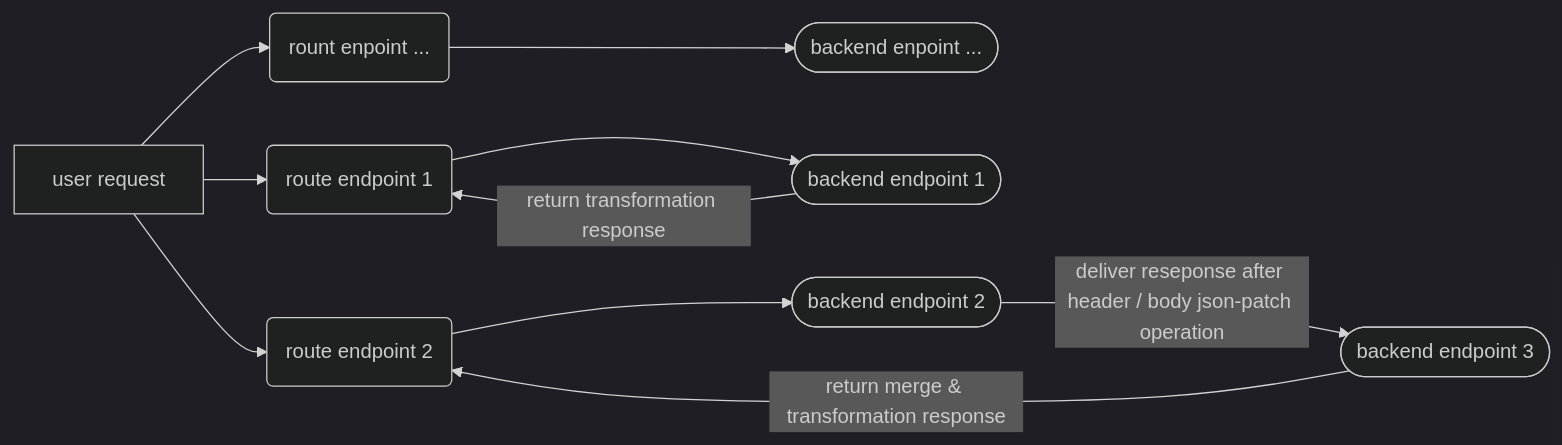
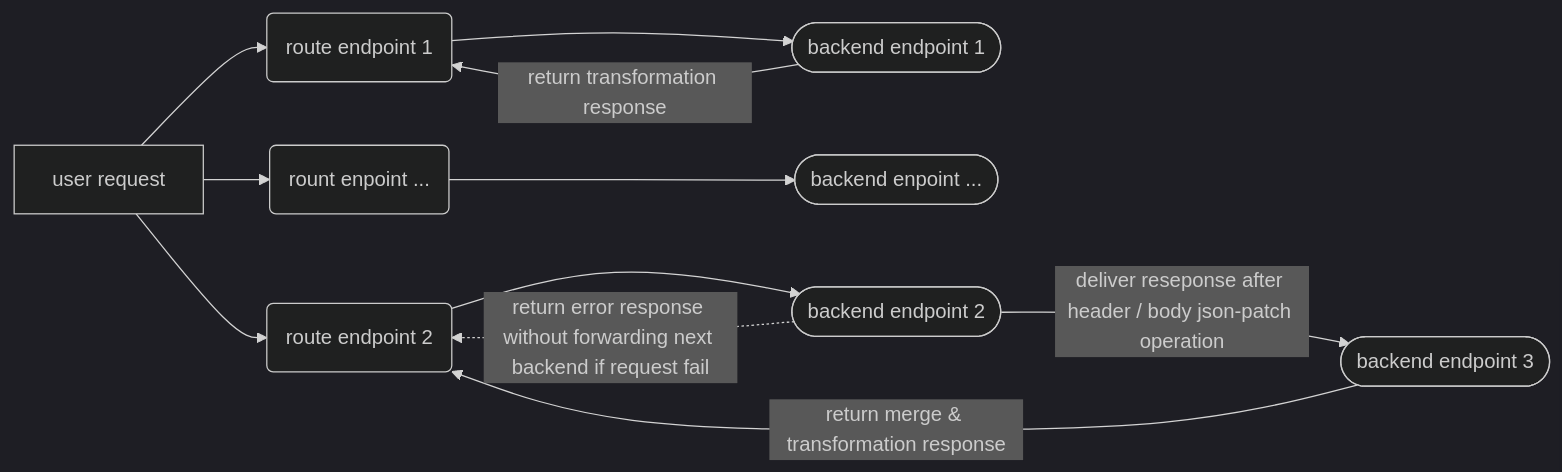
Before and after one commit to cheesama/fastapi-gateway: the second of 2 diagrams in README.md, drawn with Mermaid (dark theme). The commit also changed other lines of this file, not shown here.

````diff
--- a/README.md
+++ b/README.md
@@ -34,12 +34,12 @@
 ```mermaid
   graph LR;
-      A[user request]-->B(route endpoint 1);
+      A[user request]-->B(route endpoint 1)-->D([backend endpoint 1]);
       A-->C(route endpoint 2);
       A-->G(rount enpoint ...);
       G-->H([backend enpoint ...]);
-      B-->D([backend endpoint 1]);
       D-->|return transformation response|B
       C-->E([backend endpoint 2]);
+      E-.->|return error response without forwarding next backend if request fail|C
       E-->|deliver reseponse after header / body json-patch operation|I([backend endpoint 3]);
       I-->|return merge & transformation response|C
 ```
````
